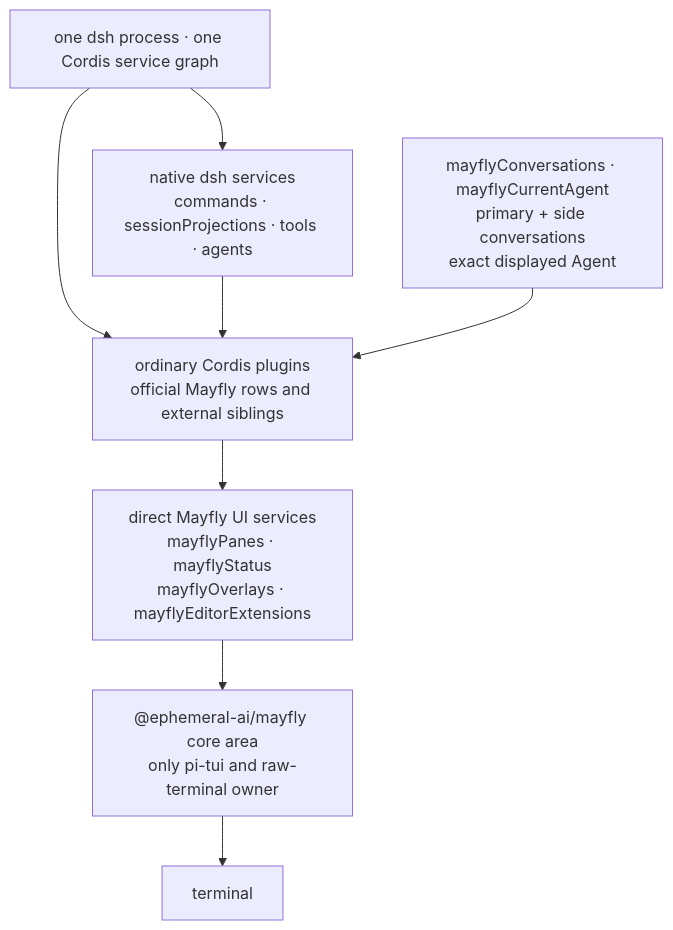
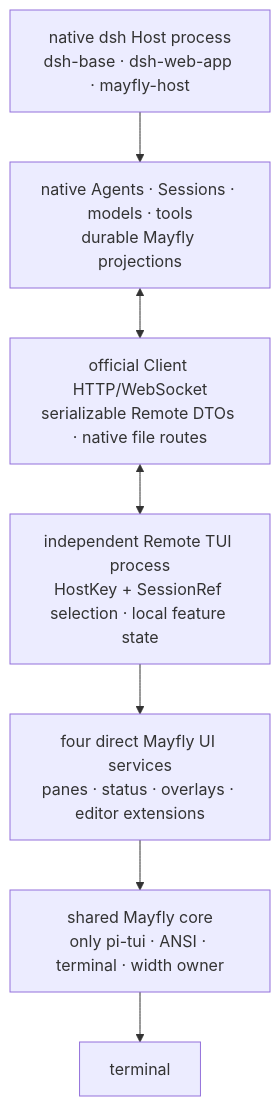
Before and after one commit to Ephemeral-AI-Lab/mayfly: the diagram in README.md, drawn with Mermaid. The commit also changed other lines of this file and 14 other files, not shown here.

Commit message:
docs: define the sole Host and Remote split deployment

````diff
--- a/README.md
+++ b/README.md
@@ -159,18 +103,17 @@
 ```mermaid
 flowchart TB
-    ROOT["one dsh process · one Cordis service graph"]
-    DSH["native dsh services<br/>commands · sessionProjections · tools · agents"]
-    PLUGIN["ordinary Cordis plugins<br/>official Mayfly rows and external siblings"]
-    AGENT["mayflyConversations · mayflyCurrentAgent<br/>primary + side conversations<br/>exact displayed Agent"]
-    UI["direct Mayfly UI services<br/>mayflyPanes · mayflyStatus<br/>mayflyOverlays · mayflyEditorExtensions"]
-    CORE["@ephemeral-ai/mayfly core area<br/>only pi-tui and raw-terminal owner"]
+    HOST["native dsh Host process<br/>dsh-base · dsh-web-app · mayfly-host"]
+    STATE["native Agents · Sessions · models · tools<br/>durable Mayfly projections"]
+    WIRE["official Client HTTP/WebSocket<br/>serializable Remote DTOs · native file routes"]
+    REMOTE["independent Remote TUI process<br/>HostKey + SessionRef selection · local feature state"]
+    UI["four direct Mayfly UI services<br/>panes · status · overlays · editor extensions"]
+    CORE["shared Mayfly core<br/>only pi-tui · ANSI · terminal · width owner"]
     TERM["terminal"]
 
-    ROOT --> DSH
-    ROOT --> PLUGIN
-    DSH --> PLUGIN
-    AGENT --> PLUGIN
-    PLUGIN --> UI
+    HOST --> STATE
+    STATE <--> WIRE
+    WIRE <--> REMOTE
+    REMOTE --> UI
     UI --> CORE
     CORE --> TERM
 ```
````
